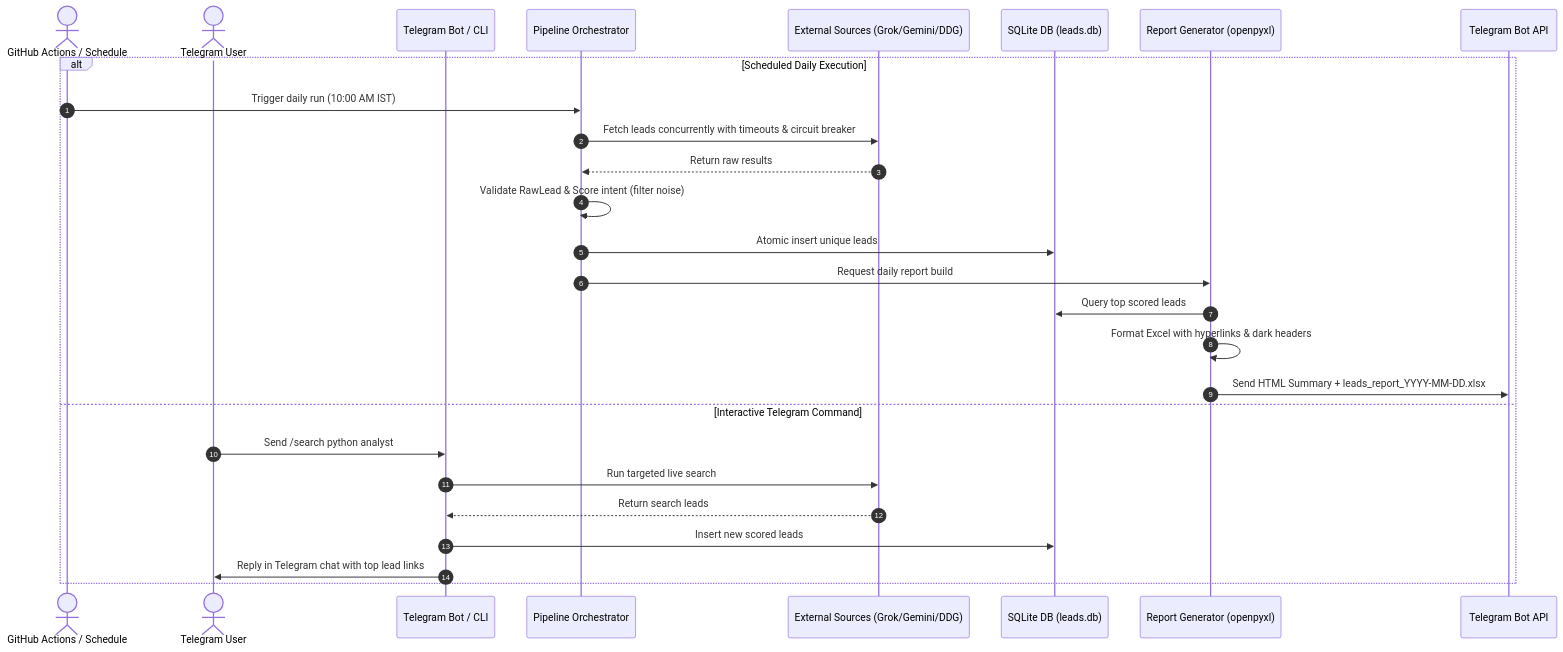
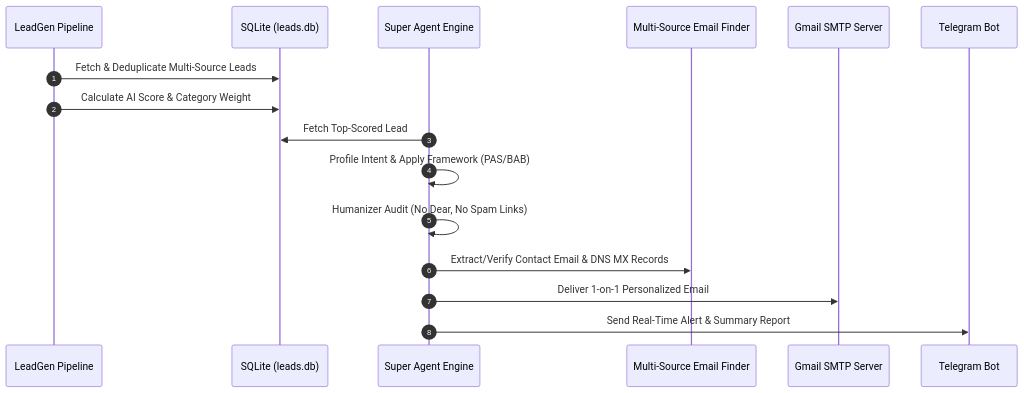
The second of 2 diagrams in README.md (Shweta-Mishra-ai/leadgen), drawn with Mermaid before and after one commit. The commit also changed other lines of this file and 1 other file, not shown here.

Commit message:
Add LICENSE.md, update README with Mermaid architecture, sequence diagram, and folder tree structure

````diff
--- a/README.md
+++ b/README.md
@@ -59,30 +33,19 @@
 ```mermaid
 sequenceDiagram
     autonumber
-    actor Cron as GitHub Actions / Schedule
-    actor User as Telegram User
-    participant Bot as Telegram Bot / CLI
-    participant Pipe as Pipeline Orchestrator
-    participant Src as External Sources (Grok/Gemini/DDG)
-    participant DB as SQLite DB (leads.db)
-    participant Rep as Report Generator (openpyxl)
-    participant TG as Telegram Bot API
+    participant Pipeline as LeadGen Pipeline
+    participant DB as SQLite (leads.db)
+    participant SuperAgent as Super Agent Engine
+    participant Finder as Multi-Source Email Finder
+    participant SMTP as Gmail SMTP Server
+    participant Telegram as Telegram Bot
 
-    alt Scheduled Daily Execution
-        Cron->>Pipe: Trigger daily run (10:00 AM IST)
-        Pipe->>Src: Fetch leads concurrently with timeouts & circuit breaker
-        Src-->>Pipe: Return raw results
-        Pipe->>Pipe: Validate RawLead & Score intent (filter noise)
-        Pipe->>DB: Atomic insert unique leads
-        Pipe->>Rep: Request daily report build
-        Rep->>DB: Query top scored leads
-        Rep->>Rep: Format Excel with hyperlinks & dark headers
-        Rep->>TG: Send HTML Summary + leads_report_YYYY-MM-DD.xlsx
-    else Interactive Telegram Command
-        User->>Bot: Send /search python analyst
-        Bot->>Src: Run targeted live search
-        Src-->>Bot: Return search leads
-        Bot->>DB: Insert new scored leads
-        Bot->>User: Reply in Telegram chat with top lead links
-    end
+    Pipeline->>DB: Fetch & Deduplicate Multi-Source Leads
+    Pipeline->>DB: Calculate AI Score & Category Weight
+    SuperAgent->>DB: Fetch Top-Scored Lead
+    SuperAgent->>SuperAgent: Profile Intent & Apply Framework (PAS/BAB)
+    SuperAgent->>SuperAgent: Humanizer Audit (No Dear, No Spam Links)
+    SuperAgent->>Finder: Extract/Verify Contact Email & DNS MX Records
+    SuperAgent->>SMTP: Deliver 1-on-1 Personalized Email
+    SuperAgent->>Telegram: Send Real-Time Alert & Summary Report
 ```
````
